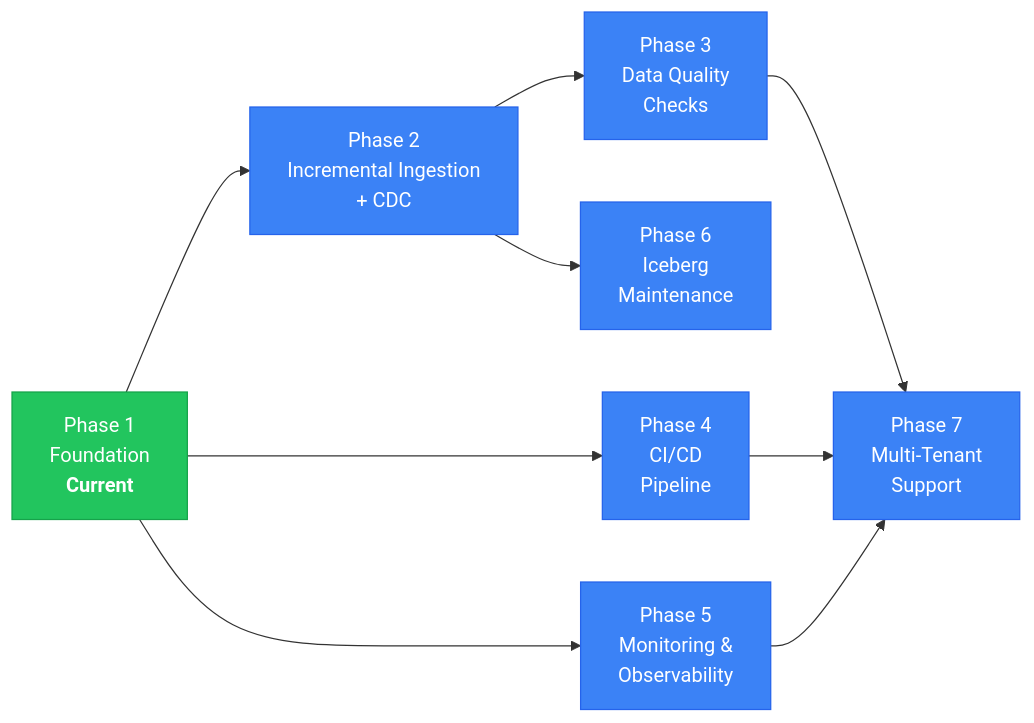
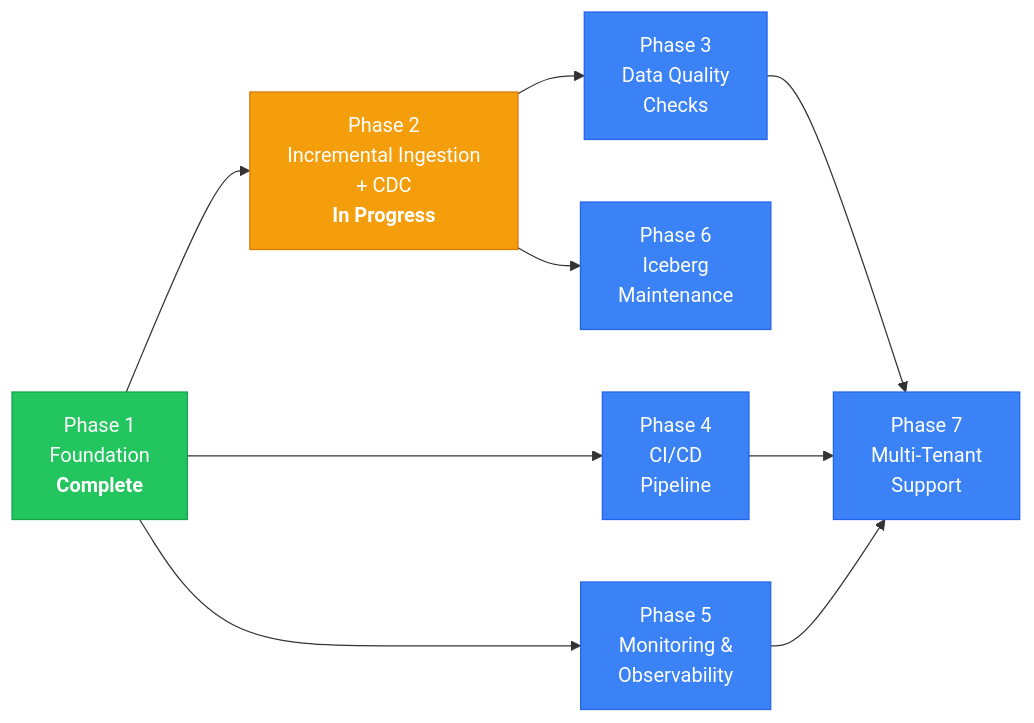
Before and after one commit to JacopoVendramin/lakehouse-orchestrator: the diagram in openspec/roadmap.md, drawn with Mermaid. The commit also changed other lines of this file and 8 other files, not shown here.

First line of the commit message:
feat: implement CSV auto-ingest pipeline with schema inference

````diff
--- a/openspec/roadmap.md
+++ b/openspec/roadmap.md
@@ -269,27 +269,27 @@
 ```mermaid
 graph LR
-    P1["Phase 1<br/>Foundation<br/><b>Current</b>"]
-    P2["Phase 2<br/>Incremental Ingestion<br/>+ CDC"]
+    P1["Phase 1<br/>Foundation<br/><b>Complete</b>"]
+    P2["Phase 2<br/>Incremental Ingestion<br/>+ CDC<br/><b>In Progress</b>"]
     P3["Phase 3<br/>Data Quality<br/>Checks"]
     P4["Phase 4<br/>CI/CD<br/>Pipeline"]
     P5["Phase 5<br/>Monitoring &<br/>Observability"]
     P6["Phase 6<br/>Iceberg<br/>Maintenance"]
     P7["Phase 7<br/>Multi-Tenant<br/>Support"]
 
     P1 --> P2
     P1 --> P4
     P1 --> P5
     P2 --> P3
     P2 --> P6
     P3 --> P7
     P4 --> P7
     P5 --> P7
 
     style P1 fill:#22c55e,stroke:#16a34a,color:#fff
-    style P2 fill:#3b82f6,stroke:#2563eb,color:#fff
+    style P2 fill:#f59e0b,stroke:#d97706,color:#fff
     style P3 fill:#3b82f6,stroke:#2563eb,color:#fff
     style P4 fill:#3b82f6,stroke:#2563eb,color:#fff
     style P5 fill:#3b82f6,stroke:#2563eb,color:#fff
     style P6 fill:#3b82f6,stroke:#2563eb,color:#fff
     style P7 fill:#3b82f6,stroke:#2563eb,color:#fff
 ```
````
